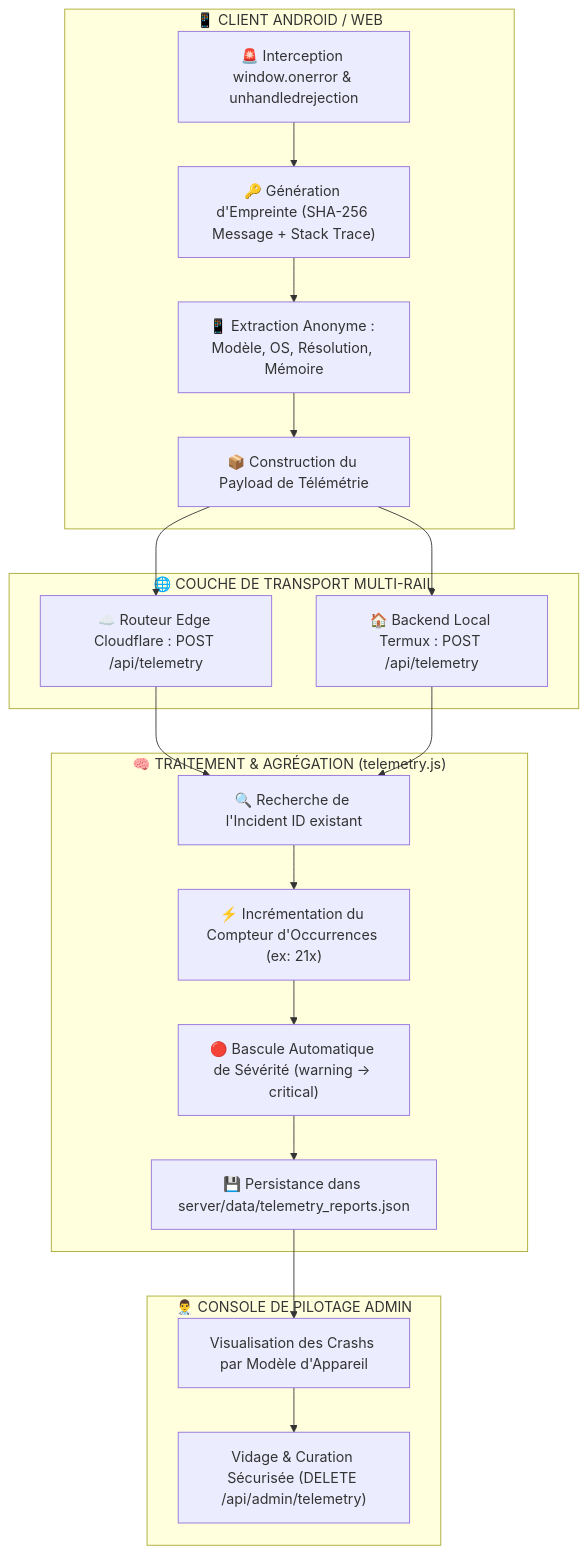
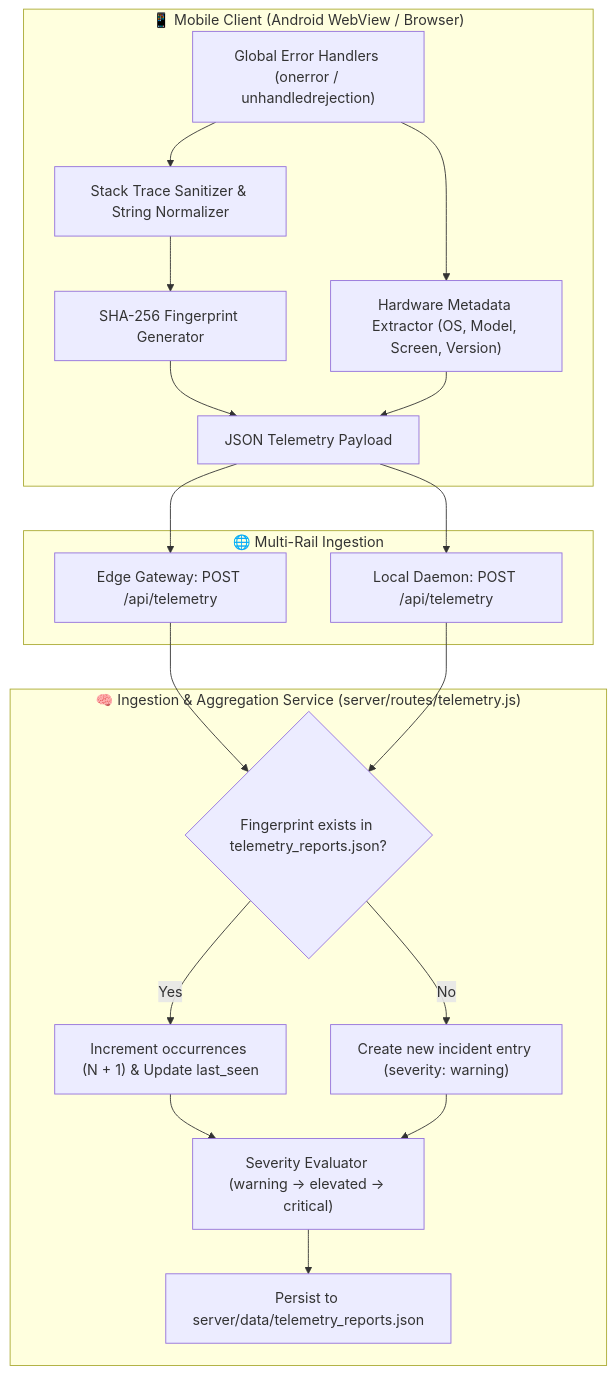
The first of 2 diagrams in docs/01-architecture/telemetry-crash-intelligence.md (iillaa/med), drawn with Mermaid before and after one commit. The commit also changed other lines of this file and 6 other files, not shown here.

````diff
--- a/docs/01-architecture/telemetry-crash-intelligence.md
+++ b/docs/01-architecture/telemetry-crash-intelligence.md
@@ -18,30 +13,30 @@
 ```mermaid
 flowchart TD
-    subgraph ClientMobile["📱 CLIENT ANDROID / WEB"]
-        ErrorCapture["🚨 Interception window.onerror & unhandledrejection"]
-        Fingerprinter["🔑 Génération d'Empreinte (SHA-256 Message + Stack Trace)"]
-        DeviceInfo["📱 Extraction Anonyme : Modèle, OS, Résolution, Mémoire"]
-        PayloadBuilder["📦 Construction du Payload de Télémétrie"]
-        ErrorCapture --> Fingerprinter --> DeviceInfo --> PayloadBuilder
+    subgraph Client["📱 Mobile Client (Android WebView / Browser)"]
+        ErrListener["Global Error Handlers (onerror / unhandledrejection)"]
+        Normalizer["Stack Trace Sanitizer & String Normalizer"]
+        Hasher["SHA-256 Fingerprint Generator"]
+        DeviceExtractor["Hardware Metadata Extractor (OS, Model, Screen, Version)"]
+        ErrListener --> Normalizer --> Hasher
+        ErrListener --> DeviceExtractor
+        Hasher & DeviceExtractor --> IngestionPayload["JSON Telemetry Payload"]
     end
 
-    subgraph TransportLayer["🌐 COUCHE DE TRANSPORT MULTI-RAIL"]
-        WorkerTelemetry["☁️ Routeur Edge Cloudflare : POST /api/telemetry"]
-        TermuxTelemetry["🏠 Backend Local Termux : POST /api/telemetry"]
-        PayloadBuilder --> WorkerTelemetry & TermuxTelemetry
+    subgraph Transport["🌐 Multi-Rail Ingestion"]
+        WorkerRoute["Edge Gateway: POST /api/telemetry"]
+        TermuxRoute["Local Daemon: POST /api/telemetry"]
+        IngestionPayload --> WorkerRoute & TermuxRoute
     end
 
-    subgraph Processing["🧠 TRAITEMENT & AGRÉGATION (telemetry.js)"]
-        Deduplicator["🔍 Recherche de l'Incident ID existant"]
-        Counter["⚡ Incrémentation du Compteur d'Occurrences (ex: 21x)"]
-        SeverityEscalator["🔴 Bascule Automatique de Sévérité (warning -> critical)"]
-        Storage["💾 Persistance dans server/data/telemetry_reports.json"]
-        WorkerTelemetry & TermuxTelemetry --> Deduplicator --> Counter --> SeverityEscalator --> Storage
-    end
-
-    subgraph AdminUI["👨‍⚕️ CONSOLE DE PILOTAGE ADMIN"]
-        AdminView["Visualisation des Crashs par Modèle d'Appareil"]
-        ClearLogs["Vidage & Curation Sécurisée (DELETE /api/admin/telemetry)"]
-        Storage --> AdminView --> ClearLogs
+    subgraph Aggregator["🧠 Ingestion & Aggregation Service (server/routes/telemetry.js)"]
+        MatchCheck{"Fingerprint exists in telemetry_reports.json?"}
+        Increment["Increment occurrences (N + 1) & Update last_seen"]
+        Insert["Create new incident entry (severity: warning)"]
+        SeverityEscalator["Severity Evaluator (warning -> elevated -> critical)"]
+        
+        WorkerRoute & TermuxRoute --> MatchCheck
+        MatchCheck -->|Yes| Increment --> SeverityEscalator
+        MatchCheck -->|No| Insert --> SeverityEscalator
+        SeverityEscalator --> DiskStore["Persist to server/data/telemetry_reports.json"]
     end
 ```
````
